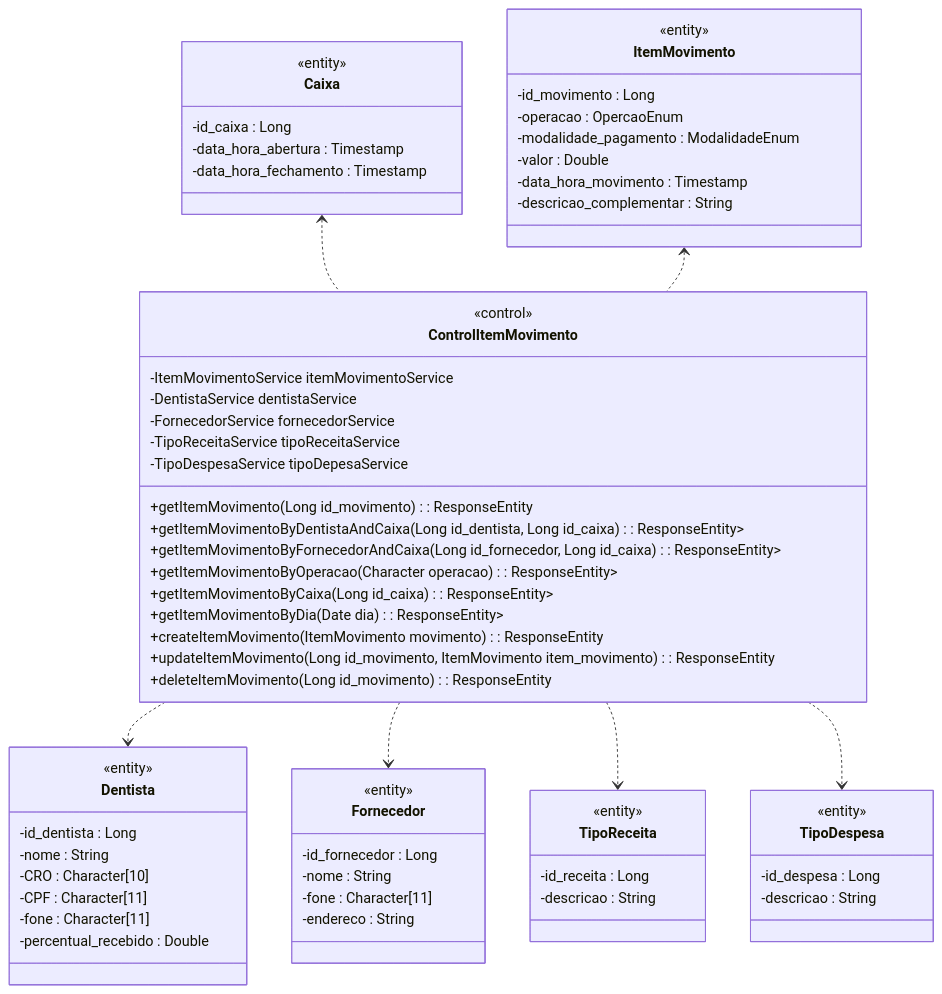
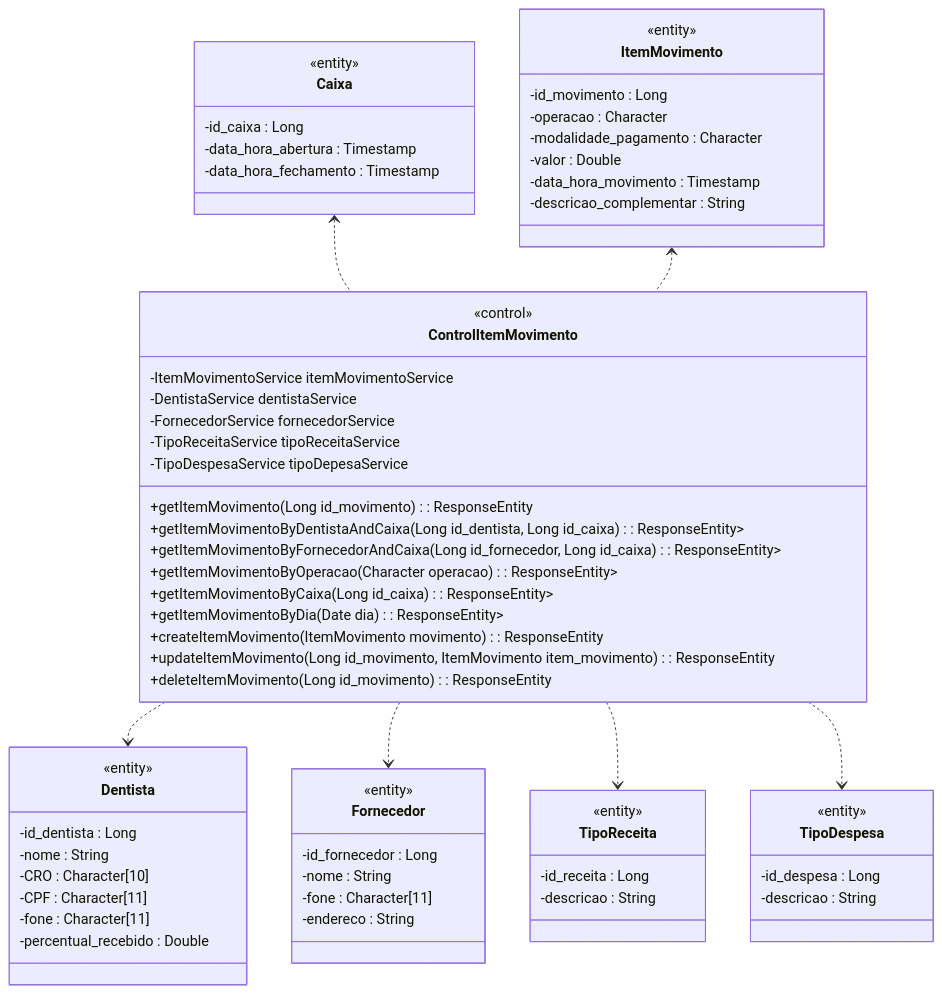
The second of 5 diagrams in docs/modelagem/diagramas/classes.md (gabrielpandrade/SISO), drawn with Mermaid before and after one commit. The commit also changed other lines of this file and 1 other file, not shown here.

````diff
--- a/docs/modelagem/diagramas/classes.md
+++ b/docs/modelagem/diagramas/classes.md
@@ -148,74 +148,74 @@
 ```mermaid
 classDiagram
     class ControlItemMovimento {
         <<control>>
         -ItemMovimentoService itemMovimentoService
         -DentistaService dentistaService
         -FornecedorService fornecedorService
         -TipoReceitaService tipoReceitaService
         -TipoDespesaService tipoDepesaService
         +getItemMovimento(Long id_movimento) : ResponseEntity<ItemMovimento>
         +getItemMovimentoByDentistaAndCaixa(Long id_dentista, Long id_caixa) : ResponseEntity<List<ItemMovimento>>
         +getItemMovimentoByFornecedorAndCaixa(Long id_fornecedor, Long id_caixa) : ResponseEntity<List<ItemMovimento>>
         +getItemMovimentoByOperacao(Character operacao) : ResponseEntity<List<ItemMovimento>>
         +getItemMovimentoByCaixa(Long id_caixa) : ResponseEntity<List<ItemMovimento>>
         +getItemMovimentoByDia(Date dia) : ResponseEntity<List<ItemMovimento>>
         +createItemMovimento(ItemMovimento movimento) : ResponseEntity<Void>
         +updateItemMovimento(Long id_movimento, ItemMovimento item_movimento) : ResponseEntity<Void>
         +deleteItemMovimento(Long id_movimento) : ResponseEntity<Void>
     }
 
     class Caixa {
         <<entity>>
         -id_caixa : Long
         -data_hora_abertura : Timestamp
         -data_hora_fechamento : Timestamp
     }
 
     class ItemMovimento {
         <<entity>>
         -id_movimento : Long
-        -operacao : OpercaoEnum
-        -modalidade_pagamento : ModalidadeEnum
+        -operacao : Character
+        -modalidade_pagamento : Character
         -valor : Double
         -data_hora_movimento : Timestamp
         -descricao_complementar : String
     }
 
     class Dentista {
         <<entity>>
         -id_dentista : Long
         -nome : String
         -CRO : Character[10]
         -CPF : Character[11]
         -fone : Character[11]
         -percentual_recebido : Double
     }
 
     class Fornecedor {
         <<entity>>
         -id_fornecedor : Long
         -nome : String
         -fone : Character[11]
         -endereco : String
     }
 
     class TipoReceita {
         <<entity>>
         -id_receita : Long
         -descricao : String
     }
 
     class TipoDespesa {
         <<entity>>
         -id_despesa : Long
         -descricao : String
     }
 
     Caixa <.. ControlItemMovimento
     ItemMovimento <.. ControlItemMovimento
     ControlItemMovimento ..> Dentista
     ControlItemMovimento ..> Fornecedor
     ControlItemMovimento ..> TipoReceita
     ControlItemMovimento ..> TipoDespesa
 ```
````
